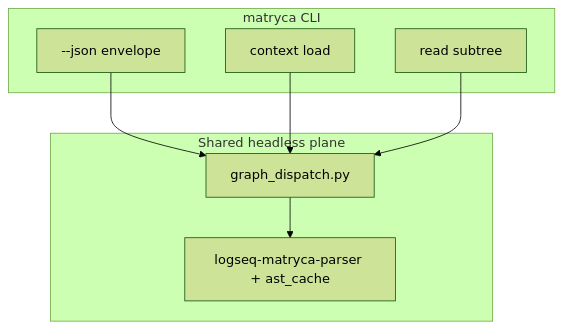
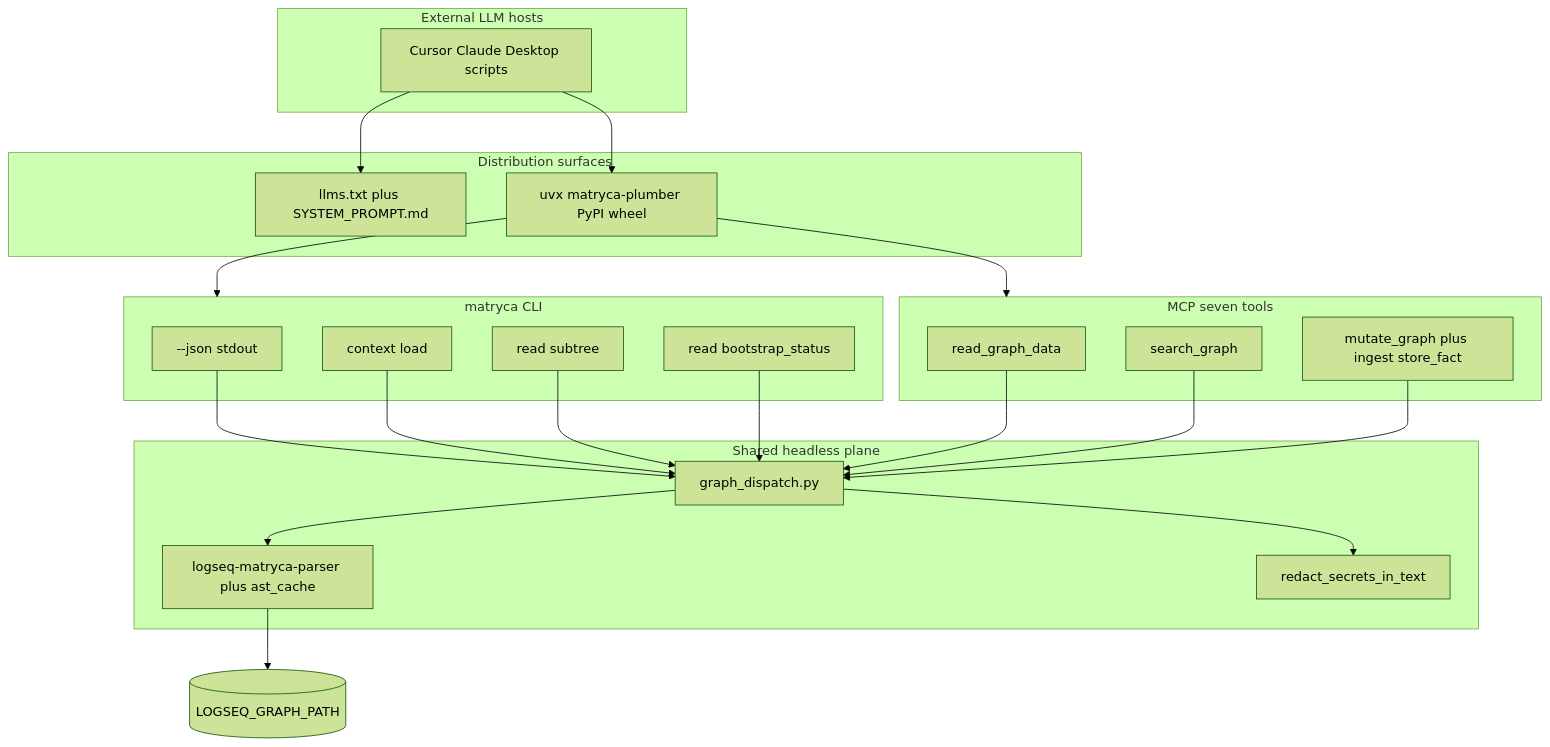
Before and after one commit to blackwolf225/matryca-plumber: diagram 11 of 13 in docs/ARCHITECTURE.md, drawn with Mermaid (forest theme). The commit also changed other lines of this file and 21 other files, not shown here.

Commit message:
chore: release 1.9.5 LLM OS agent contract, bootstrap_status read target, and documentation alignment.

````diff
--- a/docs/ARCHITECTURE.md
+++ b/docs/ARCHITECTURE.md
@@ -512,18 +647,47 @@
 ```mermaid
 flowchart TB
+  subgraph hosts [External LLM hosts]
+    Cursor[Cursor Claude Desktop scripts]
+  end
+
+  subgraph entry [Distribution surfaces]
+    LLMS[llms.txt plus SYSTEM_PROMPT.md]
+    UVX[uvx matryca-plumber PyPI wheel]
+  end
+
   subgraph cli [matryca CLI]
-    JSON["--json envelope"]
-    CTX["context load"]
-    RST["read subtree"]
+    JSON["--json stdout"]
+    CTX[context load]
+    RST[read subtree]
+    BootCLI[read bootstrap_status]
+  end
+
+  subgraph mcp [MCP seven tools]
+    Read[read_graph_data]
+    Search[search_graph]
+    Mutate[mutate_graph plus ingest store_fact]
   end
 
   subgraph shared [Shared headless plane]
     GD[graph_dispatch.py]
-    AST[logseq-matryca-parser + ast_cache]
+    AST[logseq-matryca-parser plus ast_cache]
+    Redact[redact_secrets_in_text]
   end
 
+  Vault[(LOGSEQ_GRAPH_PATH)]
+
+  Cursor --> LLMS
+  Cursor --> UVX
+  UVX --> cli
+  UVX --> mcp
   JSON --> GD
   CTX --> GD
   RST --> GD
+  BootCLI --> GD
+  Read --> GD
+  Search --> GD
+  Mutate --> GD
   GD --> AST
+  GD --> Redact
+  AST --> Vault
 ```
````
